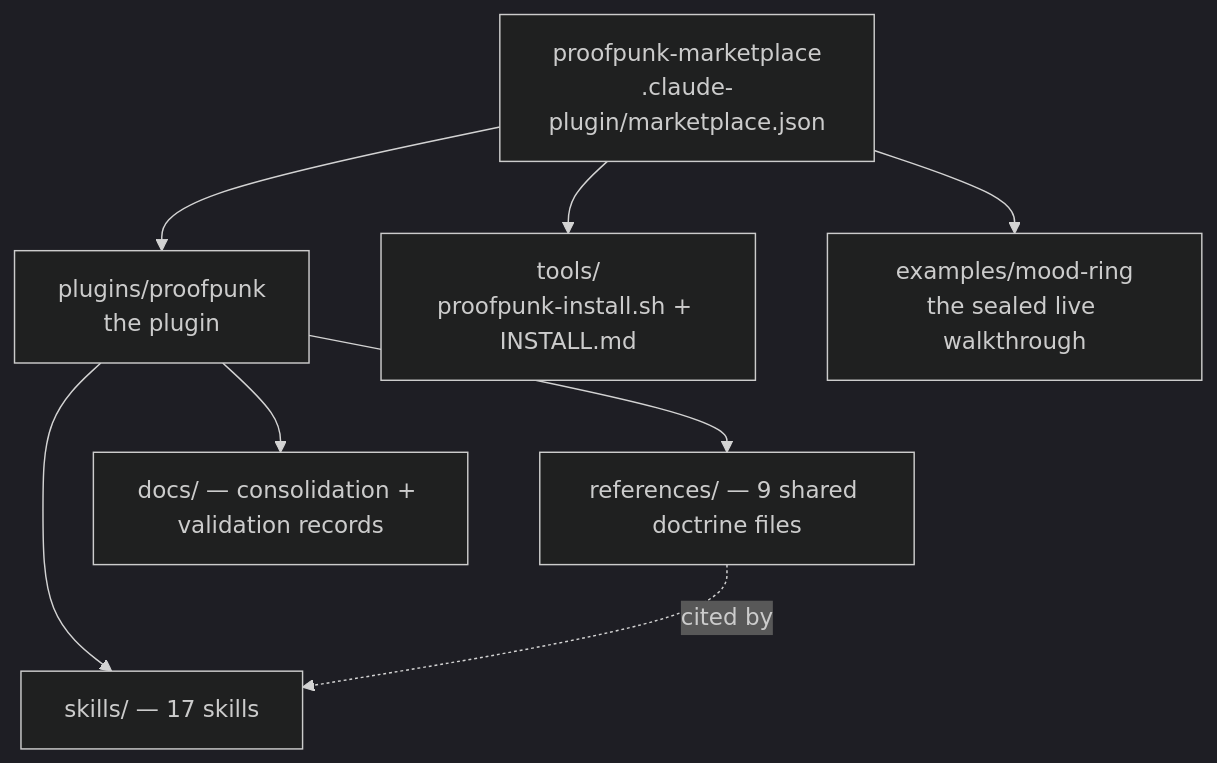
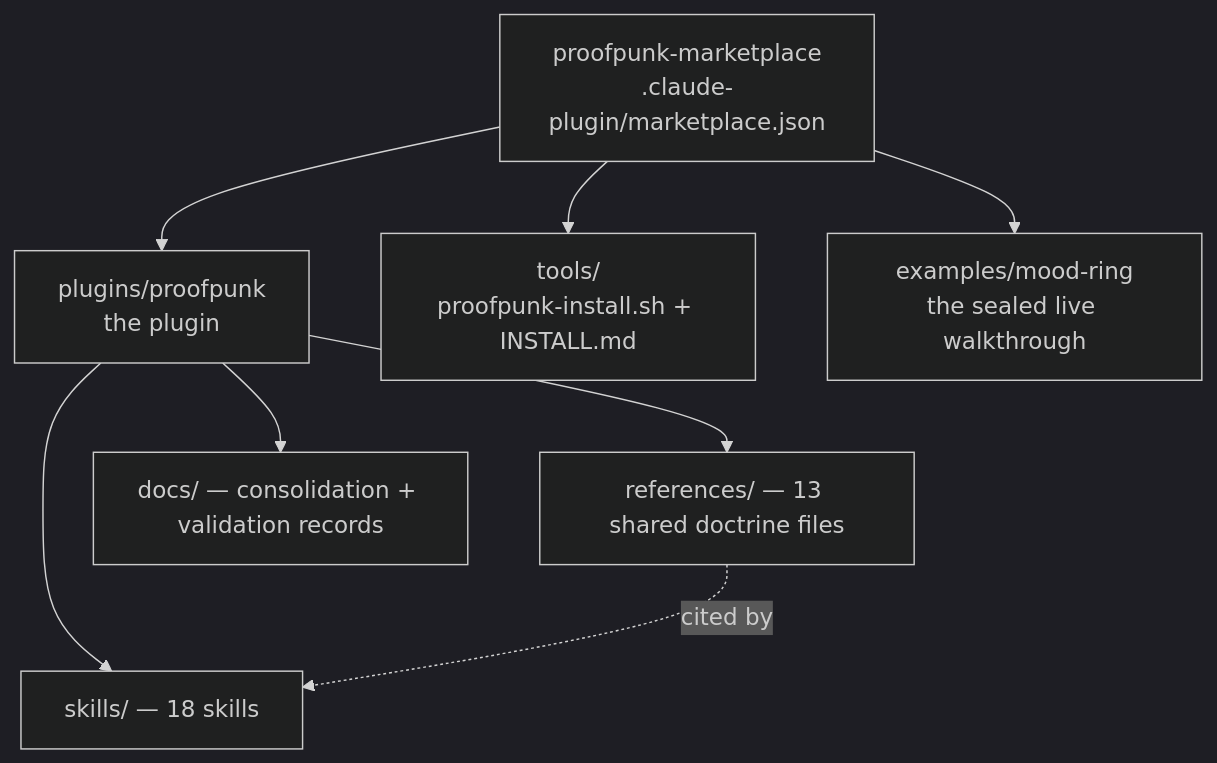
The first of 5 diagrams in README.md (krzemienski/proofpunk), drawn with Mermaid (dark theme) before and after one commit. The commit also changed other lines of this file and 13 other files, not shown here.

````diff
--- a/README.md
+++ b/README.md
@@ -403,11 +404,11 @@
 ```mermaid
 graph TD
     M["proofpunk-marketplace<br/>.claude-plugin/marketplace.json"]
     M --> P["plugins/proofpunk<br/>the plugin"]
     M --> T["tools/<br/>proofpunk-install.sh + INSTALL.md"]
     M --> E["examples/mood-ring<br/>the sealed live walkthrough"]
-    P --> S["skills/ — 17 skills"]
-    P --> R["references/ — 9 shared doctrine files"]
+    P --> S["skills/ — 18 skills"]
+    P --> R["references/ — 13 shared doctrine files"]
     P --> D["docs/ — consolidation + validation records"]
     R -.->|cited by| S
 ```
````
